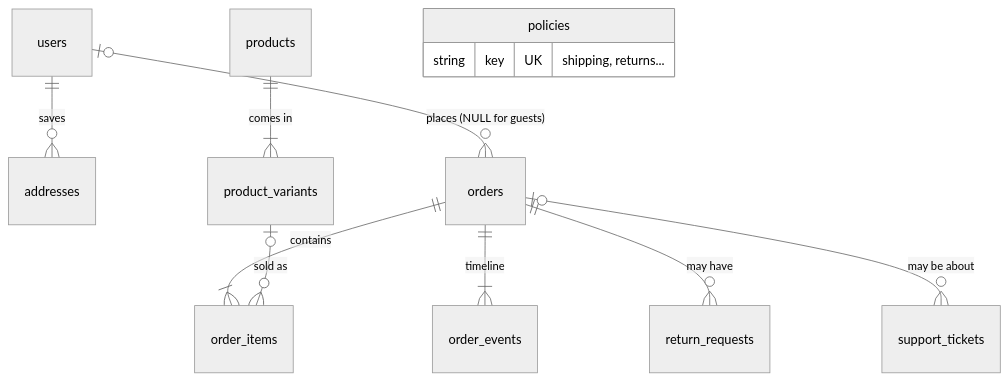
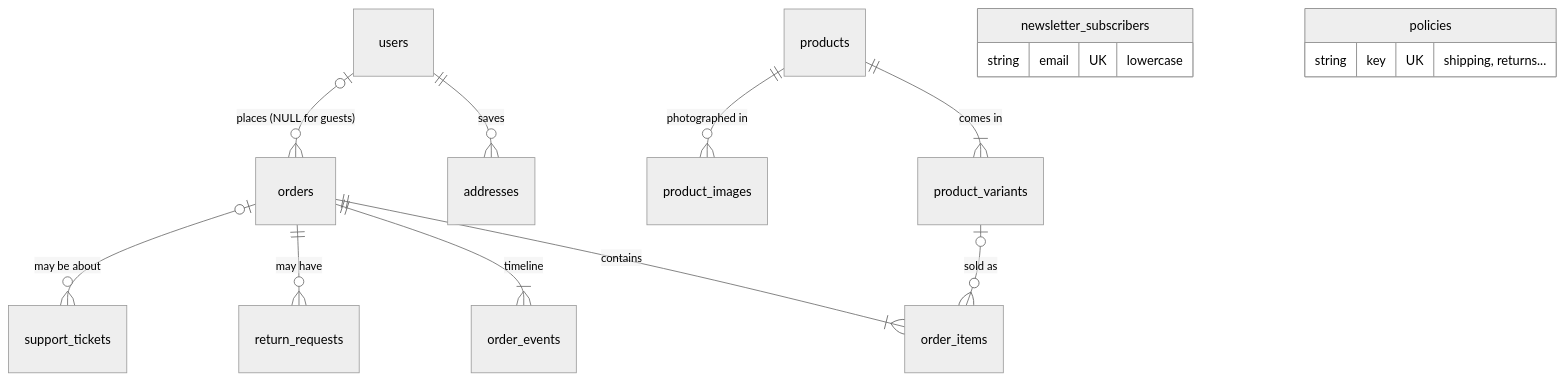
One commit to abdullahrasheed102/kora-store changed the fifth of 10 diagrams in docs/ARCHITECTURE.md. Above: the diagram before and after it, drawn with Mermaid (neutral theme). The commit also changed other lines of this file and 150 other files, not shown here.

````diff
--- a/docs/ARCHITECTURE.md
+++ b/docs/ARCHITECTURE.md
@@ -115,14 +150,18 @@
 ```mermaid
 erDiagram
     users ||--o{ addresses : saves
     users |o--o{ orders : "places (NULL for guests)"
     products ||--|{ product_variants : "comes in"
+    products ||--o{ product_images : "photographed in"
+    newsletter_subscribers {
+        string email UK "lowercase"
+    }
     orders ||--|{ order_items : contains
     product_variants |o--o{ order_items : "sold as"
     orders ||--|{ order_events : "timeline"
     orders ||--o{ return_requests : "may have"
     orders |o--o{ support_tickets : "may be about"
     policies {
         string key UK "shipping, returns..."
     }
 ```
````
